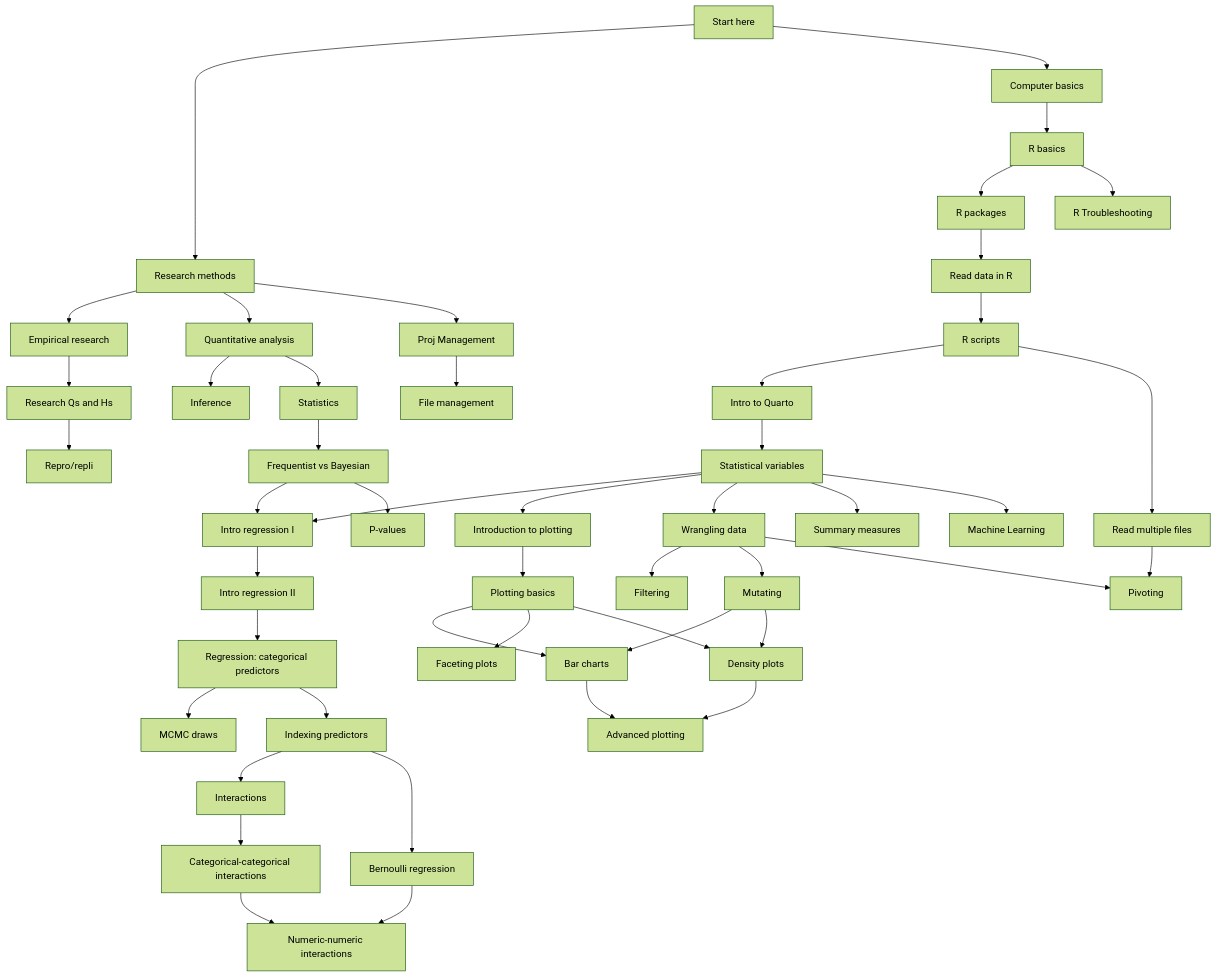
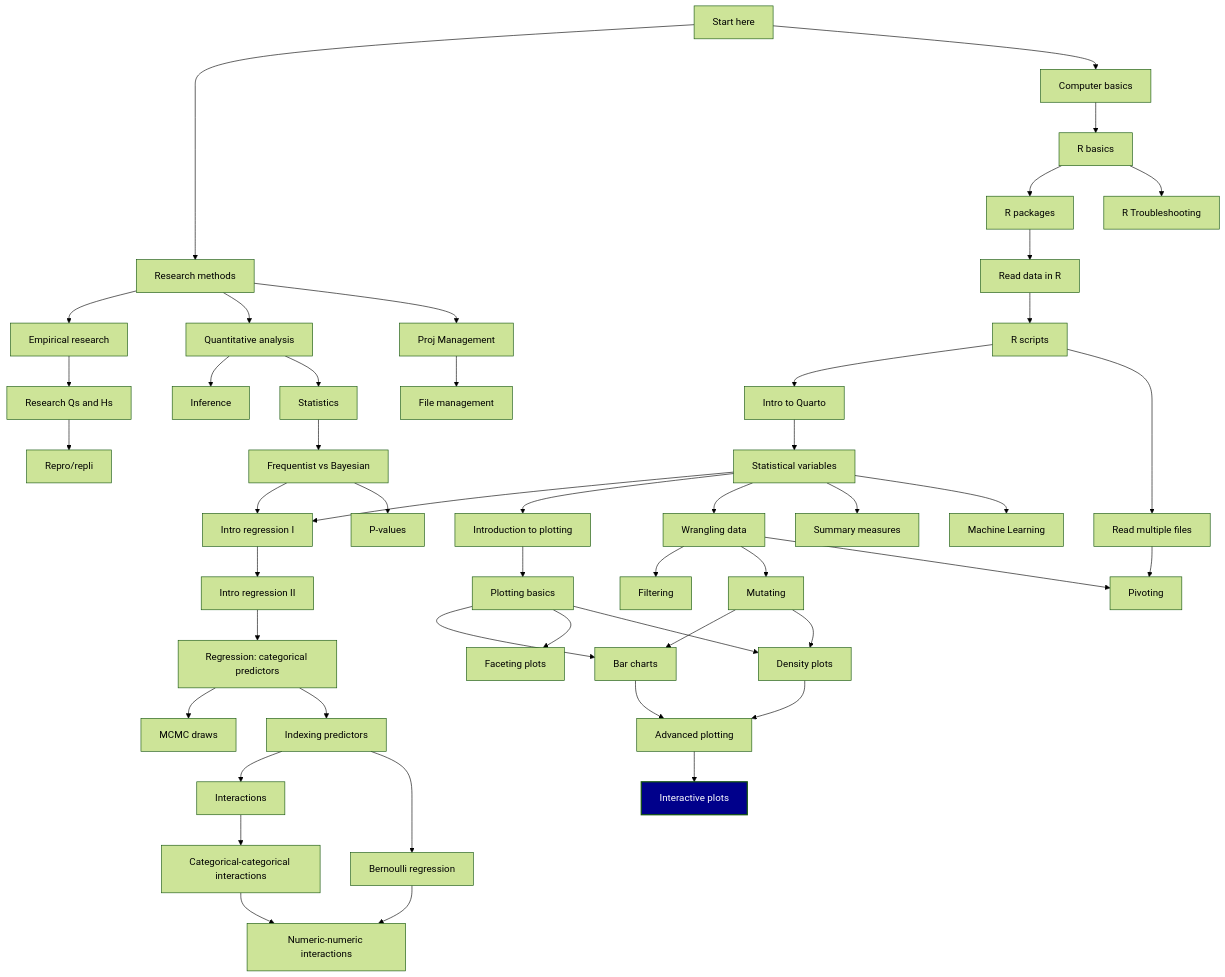
Before and after one commit to uoelel/qml: the diagram in map.qmd, drawn with Mermaid (forest theme). The commit also changed other lines of this file and 141 other files, not shown here.

````diff
--- a/map.qmd
+++ b/map.qmd
@@ -101,6 +101,9 @@
   AQ[Numeric-numeric interactions]
   click AQ href "posts/regression-interactions-numnum.html" "Go to page"
   
+  AR[Interactive plots]
+  click AR href "posts/plot-plotly.html" "Go to page"
+  
   A --> B & C
   
   B --> AD & AF & AJ
@@ -127,6 +130,7 @@
   M --> N & Z & AA
   N --> AB
   AA --> AB
+  AB --> AR
 
   L --> O & P & Q
   P --> N & AA
@@ -138,4 +142,6 @@
   W --> AQ
   X --> AQ
   
+  
+  style AR fill:#00008B,color:#FFF,stroke-width:2px
 ```
````
